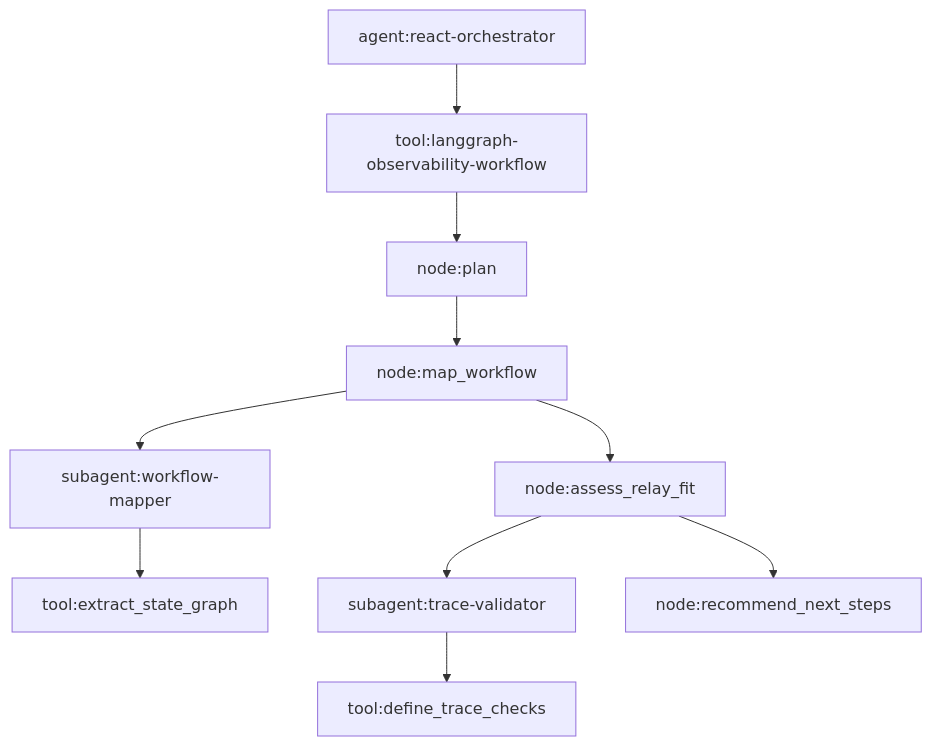
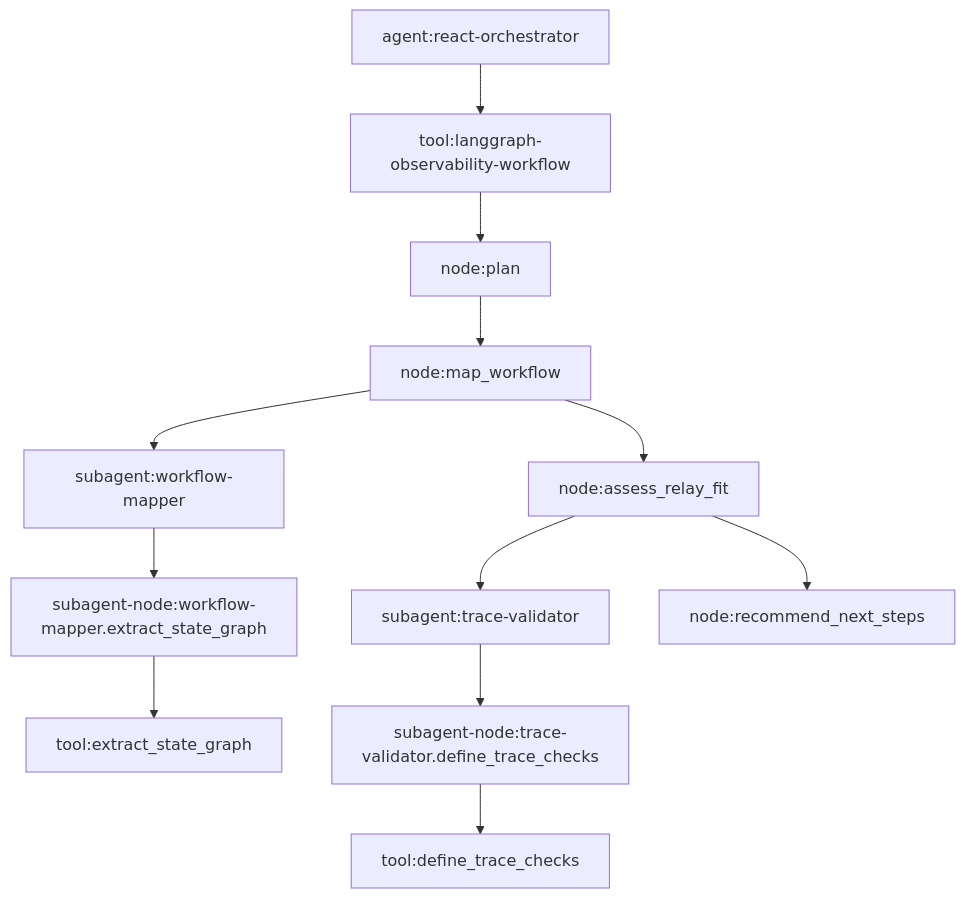
The diagram in docs/workflow_mapping.md (pgowda1107/agent-middleware-observability), drawn with Mermaid before and after one commit. The commit also changed other lines of this file and 6 other files, not shown here.

````diff
--- a/docs/workflow_mapping.md
+++ b/docs/workflow_mapping.md
@@ -5,12 +5,14 @@
 ```mermaid
 flowchart TD
     A["agent:react-orchestrator"] --> B["tool:langgraph-observability-workflow"]
     B --> C["node:plan"]
     C --> D["node:map_workflow"]
     D --> E["subagent:workflow-mapper"]
-    E --> F["tool:extract_state_graph"]
-    D --> G["node:assess_relay_fit"]
-    G --> H["subagent:trace-validator"]
-    H --> I["tool:define_trace_checks"]
-    G --> J["node:recommend_next_steps"]
+    E --> F["subagent-node:workflow-mapper.extract_state_graph"]
+    F --> G["tool:extract_state_graph"]
+    D --> H["node:assess_relay_fit"]
+    H --> I["subagent:trace-validator"]
+    I --> J["subagent-node:trace-validator.define_trace_checks"]
+    J --> K["tool:define_trace_checks"]
+    H --> L["node:recommend_next_steps"]
 ```
````
